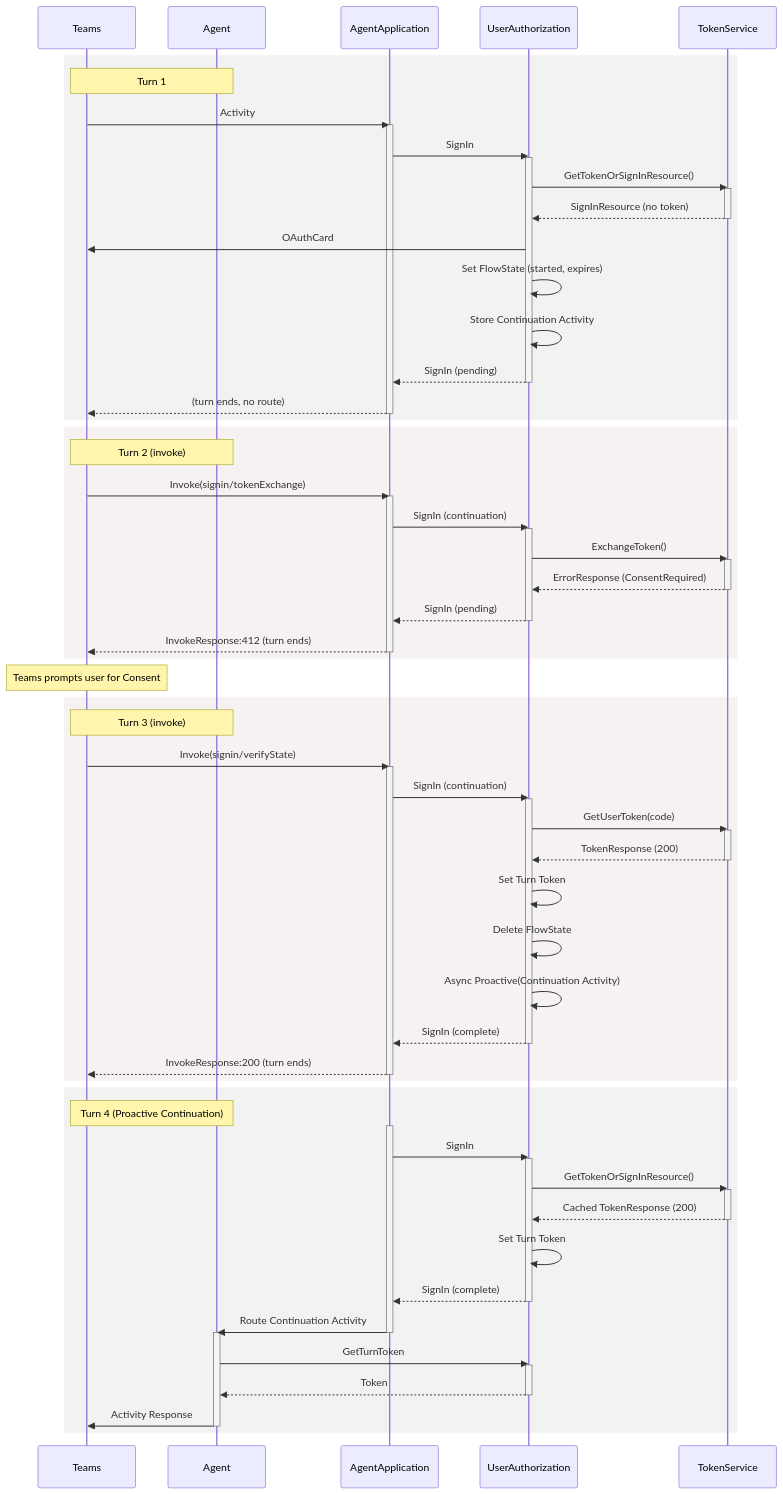
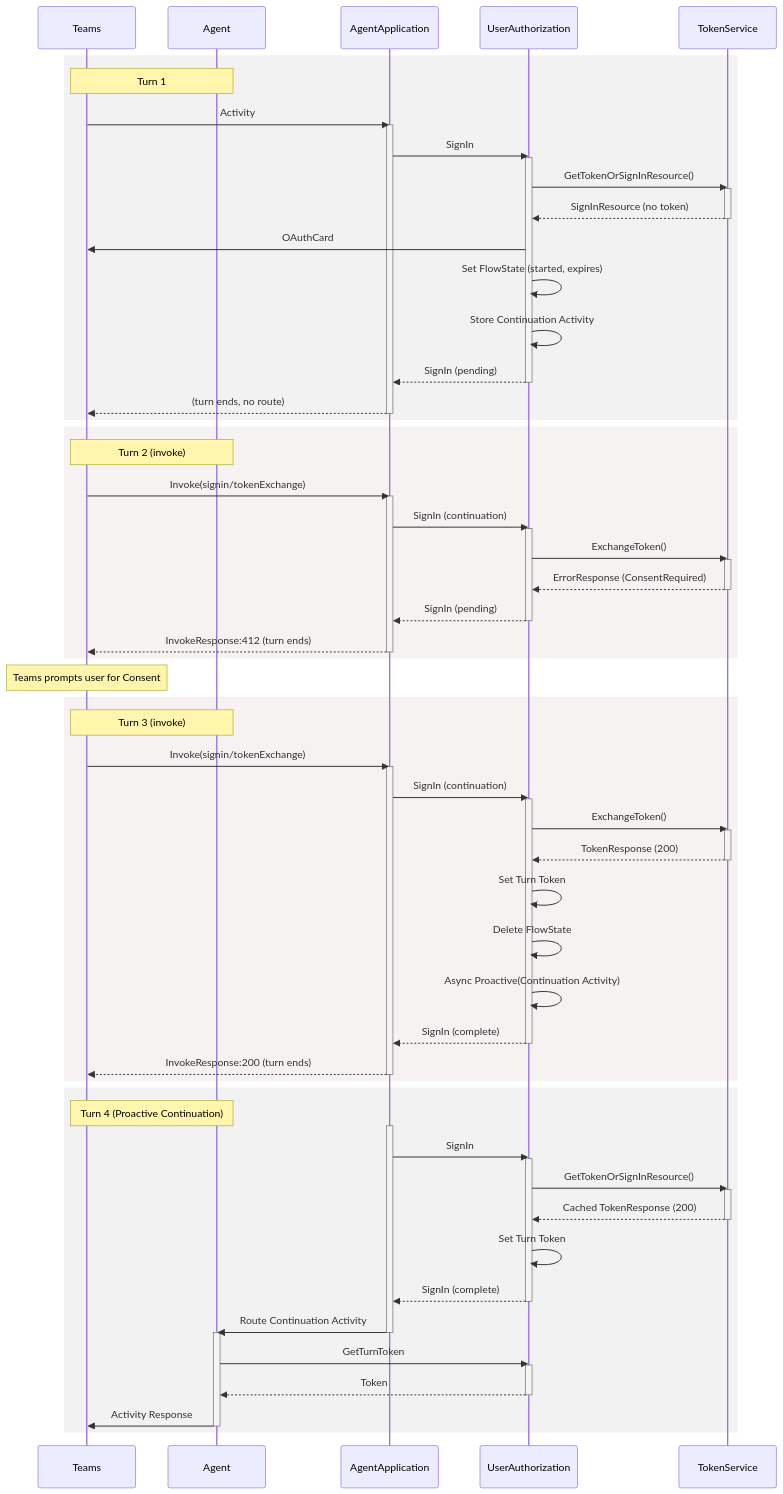
One commit to microsoft/Agents-for-net changed the third of 4 diagrams in docs/teams-sso-sequence-diagram.md. Above: the diagram before and after it, drawn with Mermaid. The commit also changed other lines of this file and 6 other files, not shown here.

Commit message:
docs: apply sequence diagram drift fixes from issue 929

```diff
--- a/docs/teams-sso-sequence-diagram.md
+++ b/docs/teams-sso-sequence-diagram.md
@@ -173,11 +173,11 @@
     %% turn 3
     rect rgba(170, 128, 128, .1)
     Note over Teams, Agent: Turn 3 (invoke)
-    Teams->>AgentApplication: Invoke(signin/verifyState)
+    Teams->>AgentApplication: Invoke(signin/tokenExchange)
     activate AgentApplication
     AgentApplication->>UserAuthorization: SignIn (continuation)
     activate UserAuthorization
-    UserAuthorization->>TokenService: GetUserToken(code)
+    UserAuthorization->>TokenService: ExchangeToken()
     activate TokenService
     TokenService-->>UserAuthorization: TokenResponse (200)
     deactivate TokenService
```
